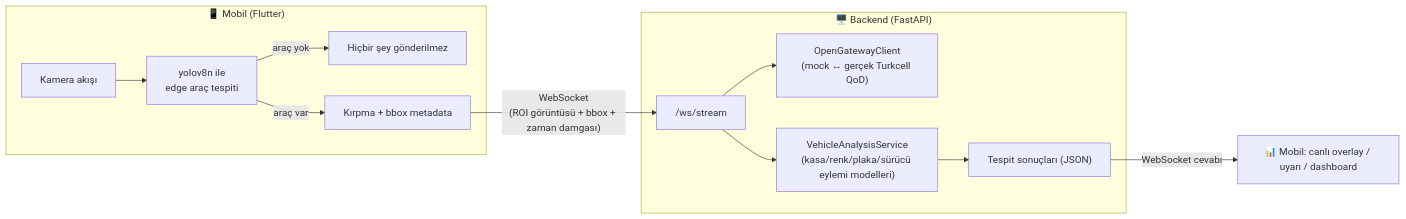
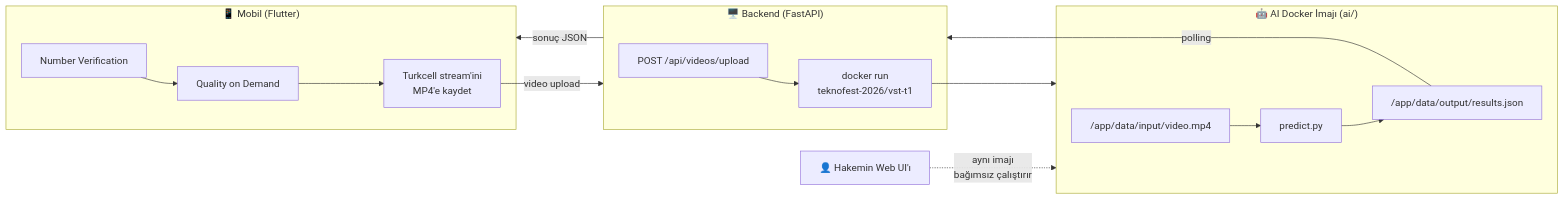
One commit to akinmengee/5g-vst-t1 changed the diagram in README.md. Above: the diagram before and after it, drawn with Mermaid. The commit also changed other lines of this file and 1 other file, not shown here.

````diff
--- a/README.md
+++ b/README.md
@@ -47,18 +48,25 @@
 ```mermaid
 flowchart LR
-    subgraph Mobil["📱 Mobil (Flutter)"]
-        CAM["Kamera akışı"] --> EDGE["yolov8n ile\nedge araç tespiti"]
-        EDGE -- "araç yok" --> NONE["Hiçbir şey gönderilmez"]
-        EDGE -- "araç var" --> CROP["Kırpma + bbox metadata"]
+    subgraph M["📱 Mobil (Flutter)"]
+        NV["Number Verification"] --> QOD["Quality on Demand"]
+        QOD --> REC["Turkcell stream'ini\nMP4'e kaydet"]
     end
 
-    CROP -- "WebSocket\n(ROI görüntüsü + bbox + zaman damgası)" --> WS
+    REC -- "video upload" --> B
 
-    subgraph Backend["🖥️ Backend (FastAPI)"]
-        WS["/ws/stream"] --> QOD["OpenGatewayClient\n(mock ↔ gerçek Turkcell QoD)"]
-        WS --> AI["VehicleAnalysisService\n(kasa/renk/plaka/sürücü eylemi modelleri)"]
-        AI --> RESULT["Tespit sonuçları (JSON)"]
+    subgraph B["🖥️ Backend (FastAPI)"]
+        UP["POST /api/videos/upload"] --> TRIG["docker run\nteknofest-2026/vst-t1"]
     end
 
-    RESULT -- "WebSocket cevabı" --> UI["📊 Mobil: canlı overlay / uyarı / dashboard"]
+    TRIG --> AI
+
+    subgraph AI["🤖 AI Docker İmajı (ai/)"]
+        IN["/app/data/input/video.mp4"] --> PIPE["predict.py"]
+        PIPE --> OUT["/app/data/output/results.json"]
+    end
+
+    OUT -- "polling" --> B
+    B -- "sonuç JSON" --> M
+
+    JUDGE["👤 Hakemin Web UI'ı"] -. "aynı imajı\nbağımsız çalıştırır" .-> AI
 ```
````
